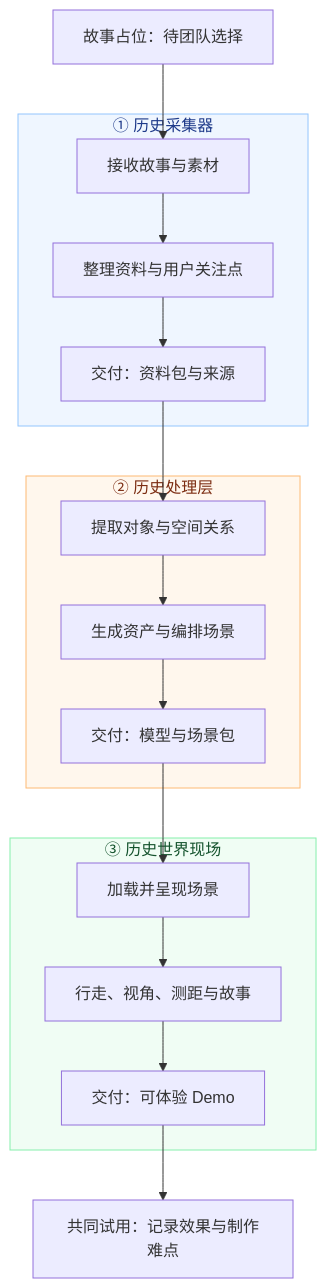
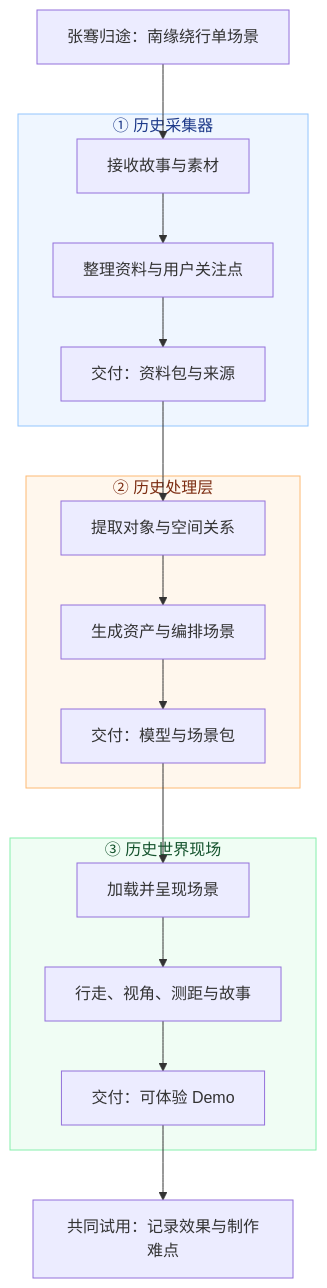
Before and after one commit to likelisa/History3D: the diagram in docs/layer-handoff.md, drawn with Mermaid. The commit also changed other lines of this file and 4 other files, not shown here.

````diff
--- a/docs/layer-handoff.md
+++ b/docs/layer-handoff.md
@@ -9,23 +9,23 @@
 ```mermaid
 flowchart TB
-    S[故事占位：待团队选择]
+    S[张骞归途：南缘绕行单场景]
     subgraph A[① 历史采集器]
         A1[接收故事与素材] --> A2[整理资料与用户关注点]
         A2 --> A3[交付：资料包与来源]
     end
     subgraph B[② 历史处理层]
         B1[提取对象与空间关系] --> B2[生成资产与编排场景]
         B2 --> B3[交付：模型与场景包]
     end
     subgraph C[③ 历史世界现场]
         C1[加载并呈现场景] --> C2[行走、视角、测距与故事]
         C2 --> C3[交付：可体验 Demo]
     end
     S --> A1
     A3 --> B1
     B3 --> C1
     C3 --> T[共同试用：记录效果与制作难点]
     style A fill:#EFF6FF,stroke:#93C5FD,color:#1E3A8A
     style B fill:#FFF7ED,stroke:#FDBA74,color:#7C2D12
     style C fill:#F0FDF4,stroke:#86EFAC,color:#14532D
 ```
````
